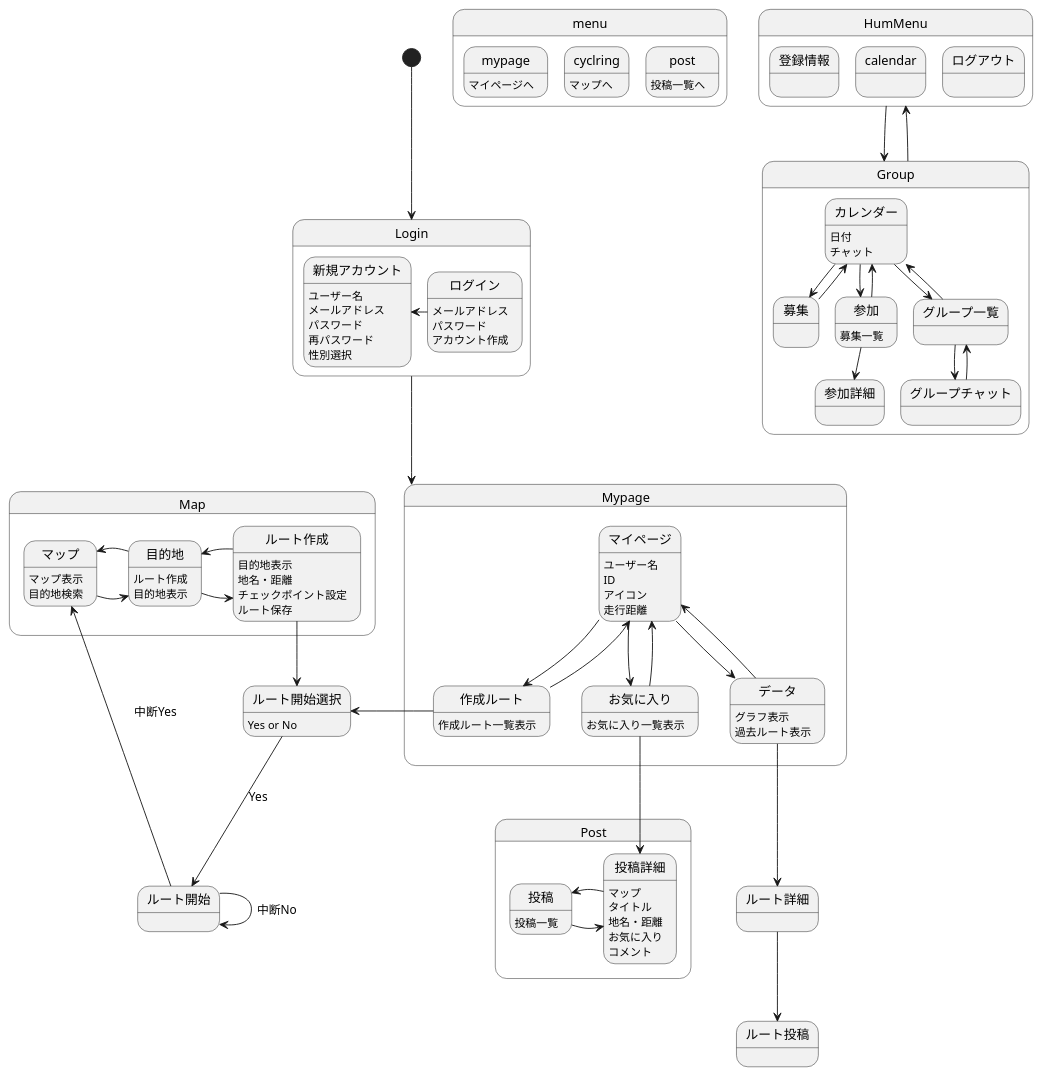
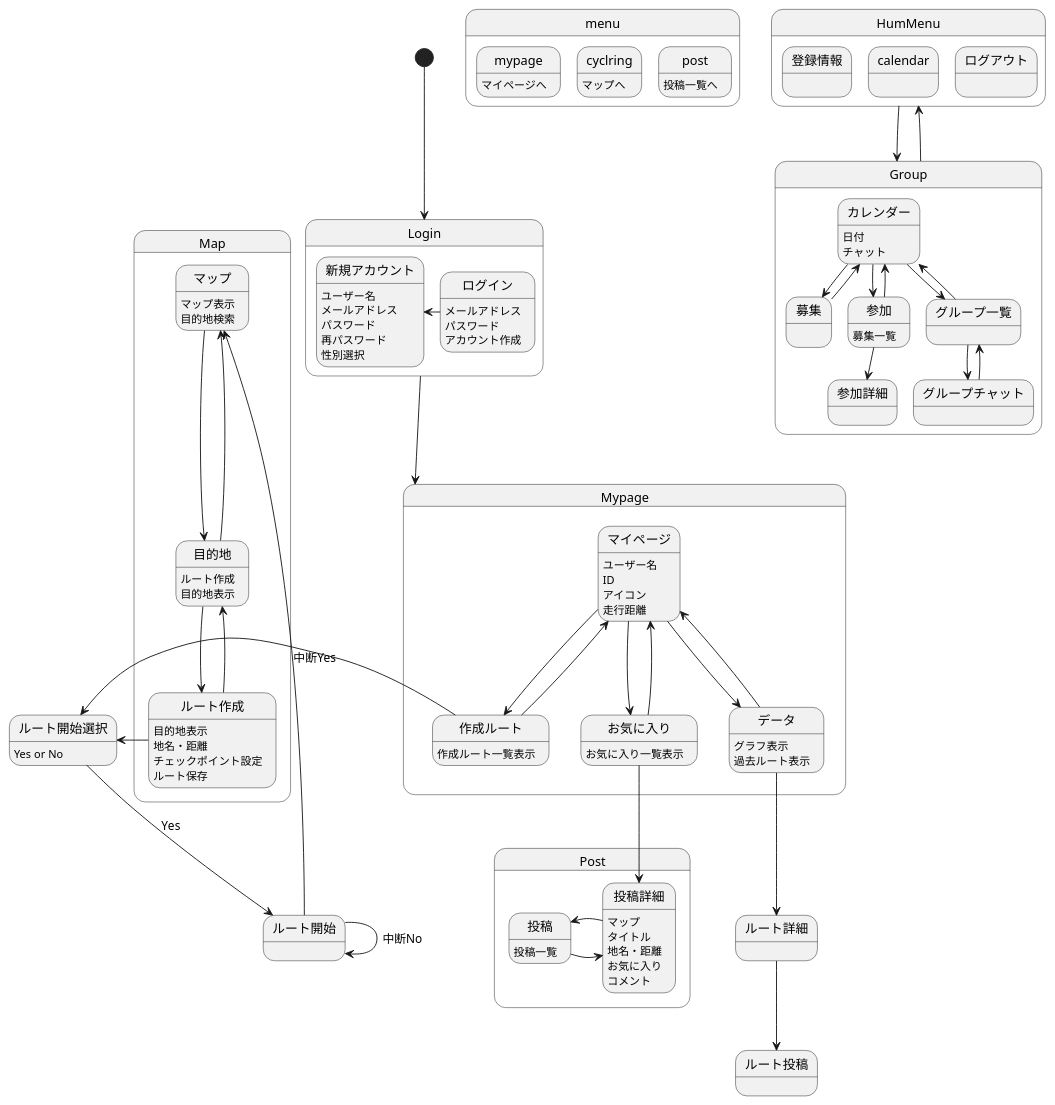
The diagram in 画面遷移図/gm.md (AsoSD3A3/CyclingSystem), drawn with PlantUML before and after one commit.

```diff
--- a/画面遷移図/gm.md
+++ b/画面遷移図/gm.md
@@ -71,22 +71,22 @@
 state Map{
 マップ:マップ表示
 マップ:目的地検索
-マップ-right->目的地
-目的地-left->マップ
+マップ-down->目的地
+目的地-up->マップ
 目的地:ルート作成
 目的地:目的地表示
-目的地-right->ルート作成
-ルート作成-left->目的地
+目的地-down->ルート作成
+ルート作成-up->目的地
 ルート作成:目的地表示
 ルート作成:地名・距離
 ルート作成:チェックポイント設定
 ルート作成:ルート保存
 }
-ルート作成-down->ルート開始選択
+ルート作成-right->ルート開始選択
 ルート開始選択:Yes or No
 ルート開始選択-down->ルート開始 :Yes
 ルート開始-->ルート開始 :中断No
-ルート開始-up->マップ :中断Yes
+ルート開始-left->マップ :中断Yes
 作成ルート-left->ルート開始選択
 
 state Post{
```
